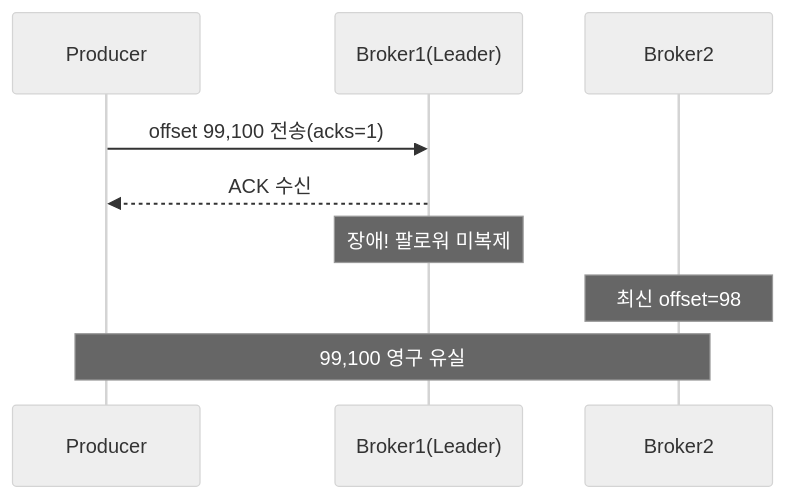
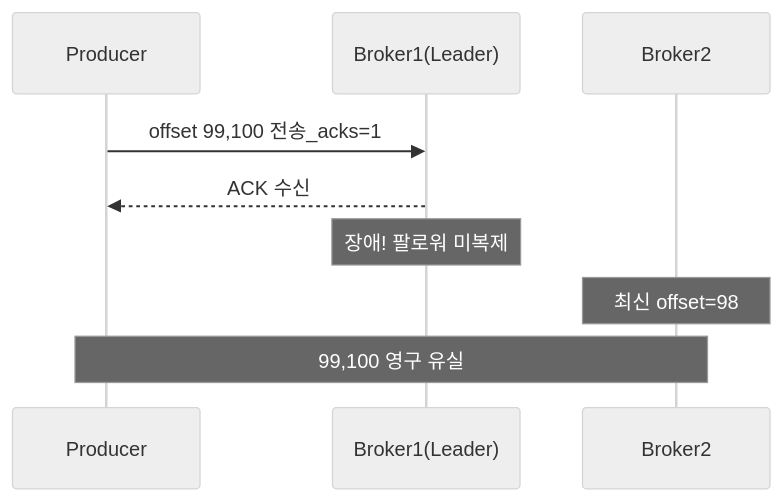
Before and after one commit to yjkim2015/yjkim2015.github.io: the second of 21 diagrams in _posts/kafka/2026-05-01-kafka-extreme-scenarios.md, drawn with Mermaid (neutral theme). The commit also changed other lines of this file and 85 other files, not shown here.

First line of the commit message:
sequenceDiagram 문법 에러 2차 수정 169개 (86파일)

````diff
--- a/_posts/kafka/2026-05-01-kafka-extreme-scenarios.md
+++ b/_posts/kafka/2026-05-01-kafka-extreme-scenarios.md
@@ -32,11 +32,11 @@
 ```mermaid
 sequenceDiagram
     participant P as Producer
     participant B1 as Broker1(Leader)
     participant B2 as Broker2
-    P->>B1: offset 99,100 전송(acks=1)
+    P->>B1: offset 99,100 전송_acks=1
     B1-->>P: ACK 수신
     Note over B1: 장애! 팔로워 미복제
     Note over B2: 최신 offset=98
     Note over P,B2: 99,100 영구 유실
 ```
````
